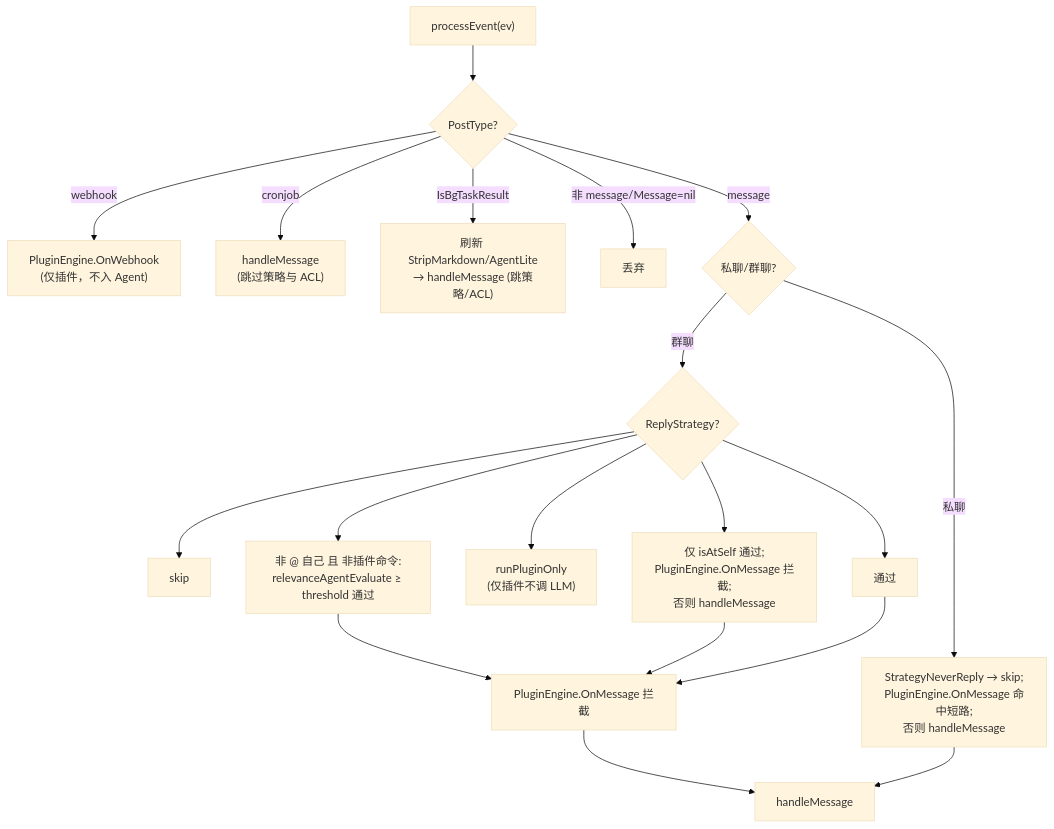
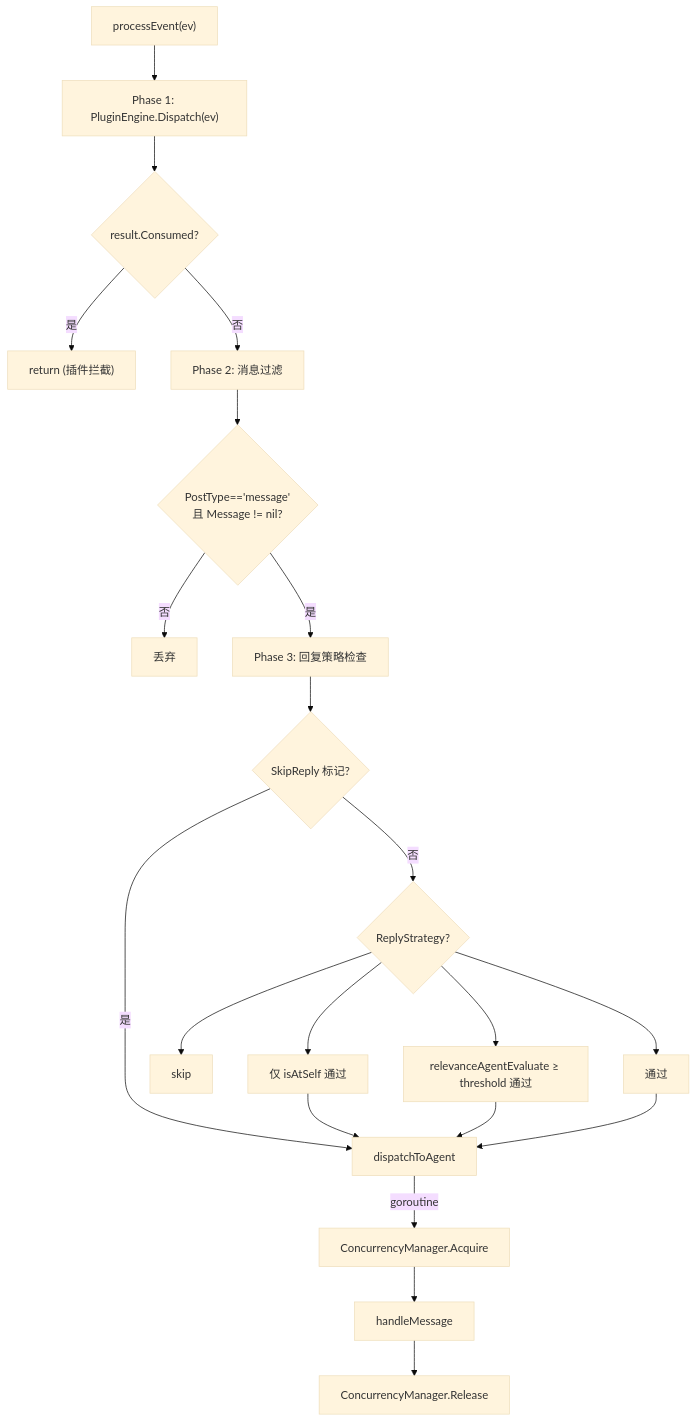
The seventh of 16 diagrams in docs/project-details.md (JuanNiangDev/JuanNiang-Neo), drawn with Mermaid (base theme) before and after one commit. The commit also changed other lines of this file and 3 other files, not shown here.

Commit message:
docs: 更新 webhook-cronjob/external-services/api/plugin-development 文档

````diff
--- a/docs/project-details.md
+++ b/docs/project-details.md
@@ -507,21 +477,23 @@
 ```mermaid
 flowchart TD
-  Start["processEvent(ev)"] --> PT{"PostType?"}
-  PT -->|"webhook"| WH["PluginEngine.OnWebhook<br/>(仅插件，不入 Agent)"]
-  PT -->|"cronjob"| CJ["handleMessage<br/>(跳过策略与 ACL)"]
-  PT -->|"IsBgTaskResult"| BG["刷新 StripMarkdown/AgentLite<br/>→ handleMessage (跳策略/ACL)"]
-  PT -->|"非 message/Message=nil"| DROP["丢弃"]
-  PT -->|"message"| Area{"私聊/群聊?"}
-  Area -->|私聊| PRV["StrategyNeverReply → skip;<br/>PluginEngine.OnMessage 命中短路;<br/>否则 handleMessage"]
-  Area -->|群聊| STR{"ReplyStrategy?"}
+  Start["processEvent(ev)"] --> P1["Phase 1: PluginEngine.Dispatch(ev)"]
+  P1 --> C1{"result.Consumed?"}
+  C1 -->|是| Done["return (插件拦截)"]
+  C1 -->|否| P2["Phase 2: 消息过滤"]
+  P2 --> P2C{"PostType=='message'<br/>且 Message != nil?"}
+  P2C -->|否| Drop["丢弃"]
+  P2C -->|是| P3["Phase 3: 回复策略检查"]
+  P3 --> P3C{"SkipReply 标记?"}
+  P3C -->|是| DA["dispatchToAgent"]
+  P3C -->|否| STR{"ReplyStrategy?"}
   STR --> never_reply["skip"]
-  STR --> at_only["仅 isAtSelf 通过;<br/>PluginEngine.OnMessage 拦截;<br/>否则 handleMessage"]
-  STR --> plugin_only["runPluginOnly<br/>(仅插件不调 LLM)"]
-  STR --> relevance["非 @ 自己 且 非插件命令:<br/>relevanceAgentEvaluate ≥ threshold 通过"]
+  STR --> at_only["仅 isAtSelf 通过"]
+  STR --> relevance["relevanceAgentEvaluate ≥ threshold 通过"]
   STR --> always["通过"]
-  relevance --> PO["PluginEngine.OnMessage 拦截"]
-  at_only --> PO
-  always --> PO
-  PO --> HM["handleMessage"]
-  PRV --> HM
+  at_only --> DA
+  relevance --> DA
+  always --> DA
+  DA -->|goroutine| CM["ConcurrencyManager.Acquire"]
+  CM --> HM["handleMessage"]
+  HM --> CMR["ConcurrencyManager.Release"]
 ```
````
